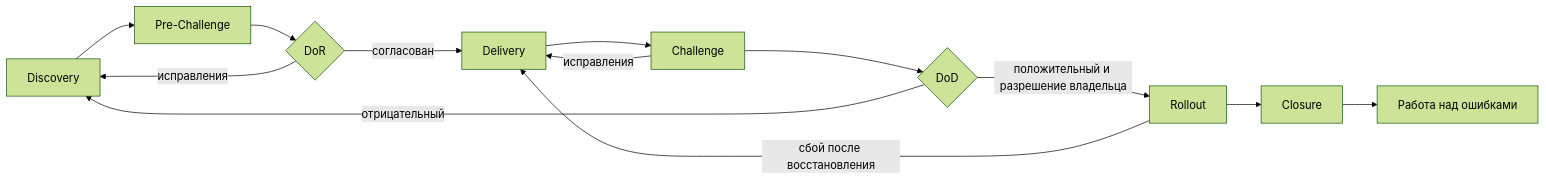
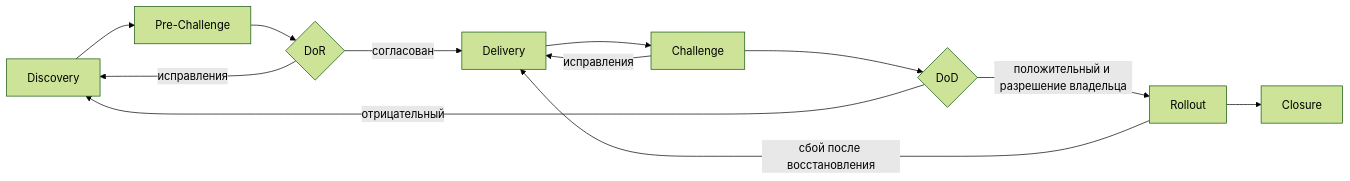
Before and after one commit to 0xParshikov/Product-Development-Process-by-0xParshikov: the diagram in README.md, drawn with Mermaid (forest theme). The commit also changed other lines of this file and 5 other files, not shown here.

````diff
--- a/README.md
+++ b/README.md
@@ -53,14 +54,13 @@
 ```mermaid
 flowchart LR
     D[Discovery] --> P[Pre-Challenge] --> R{DoR}
     R -- согласован --> L[Delivery]
     R -- исправления --> D
     L --> C[Challenge]
     C -- исправления --> L
     C --> O{DoD}
     O -- отрицательный --> D
     O -- положительный и разрешение владельца --> U[Rollout]
     U --> Z[Closure]
     U -- сбой после восстановления --> L
-    Z --> E[Работа над ошибками]
 ```
````
